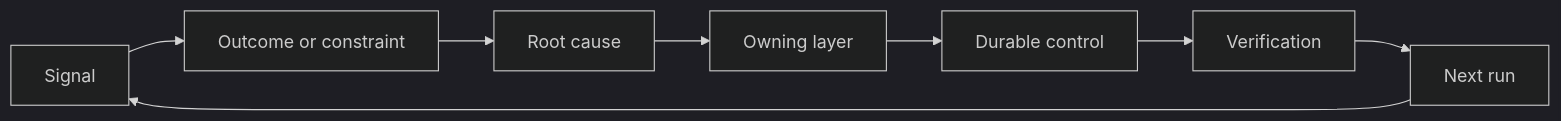
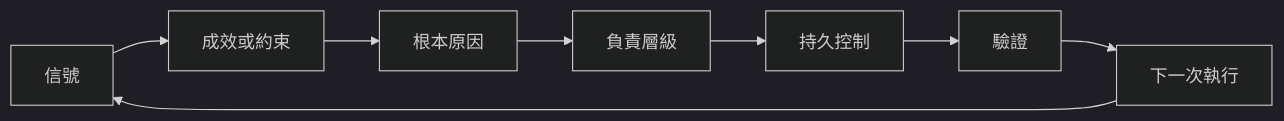
One commit to edward821220/ai-engineering-from-scratch changed the diagram in i18n/zh-TW/phases/14-agent-engineering/54-build-the-feedback-ratchet/docs/zh-TW.md. Above: the diagram before and after it, drawn with Mermaid (dark theme). The commit also changed other lines of this file and 43 other files, not shown here.

````diff
--- a/i18n/zh-TW/phases/14-agent-engineering/54-build-the-feedback-ratchet/docs/zh-TW.md
+++ b/i18n/zh-TW/phases/14-agent-engineering/54-build-the-feedback-ratchet/docs/zh-TW.md
@@ -43,10 +43,10 @@
 ```mermaid
 flowchart LR
-  S[Signal] --> O[Outcome or constraint]
-  O --> R[Root cause]
-  R --> D[Owning layer]
-  D --> C[Durable control]
-  C --> V[Verification]
-  V --> N[Next run]
+  S[信號] --> O[成效或約束]
+  O --> R[根本原因]
+  R --> D[負責層級]
+  D --> C[持久控制]
+  C --> V[驗證]
+  V --> N[下一次執行]
   N --> S
 ```
````
